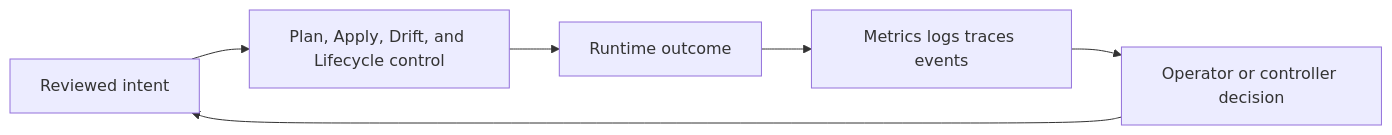
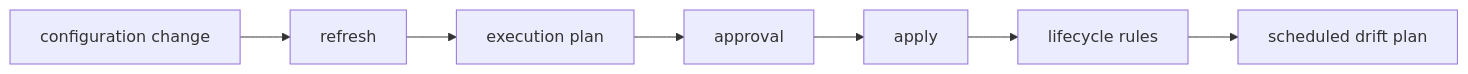
Before and after one commit to m1mohamad/devops-sre-prep: the diagram in docs/study/iac/04-plan-apply-drift-and-lifecycle.md, drawn with Mermaid. The commit also changed other lines of this file and 61 other files, not shown here.

Commit message:
Replace generic architecture and study templates

````diff
--- a/docs/study/iac/04-plan-apply-drift-and-lifecycle.md
+++ b/docs/study/iac/04-plan-apply-drift-and-lifecycle.md
@@ -20,8 +15,4 @@
 ```mermaid
 flowchart LR
-  Intent[Reviewed intent] --> Control[Plan, Apply, Drift, and Lifecycle control]
-  Control --> Runtime[Runtime outcome]
-  Runtime --> Signals[Metrics logs traces events]
-  Signals --> Decision[Operator or controller decision]
-  Decision --> Intent
+  N0[configuration change] --> N1[refresh] --> N2[execution plan] --> N3[approval] --> N4[apply] --> N5[lifecycle rules] --> N6[scheduled drift plan]
 ```
````
